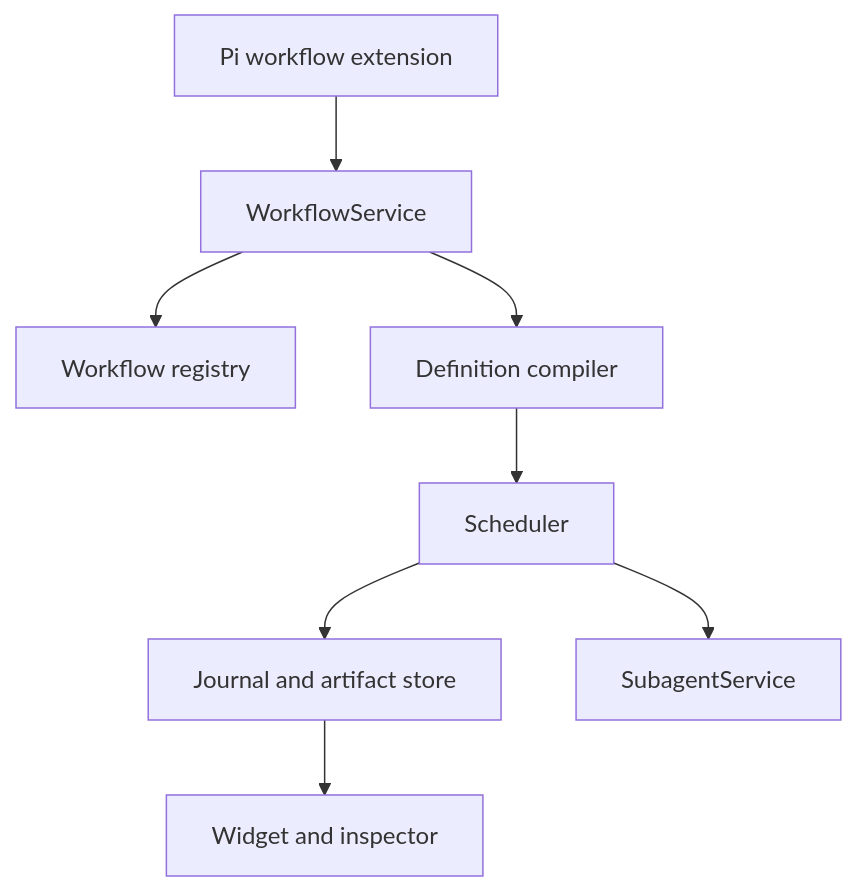
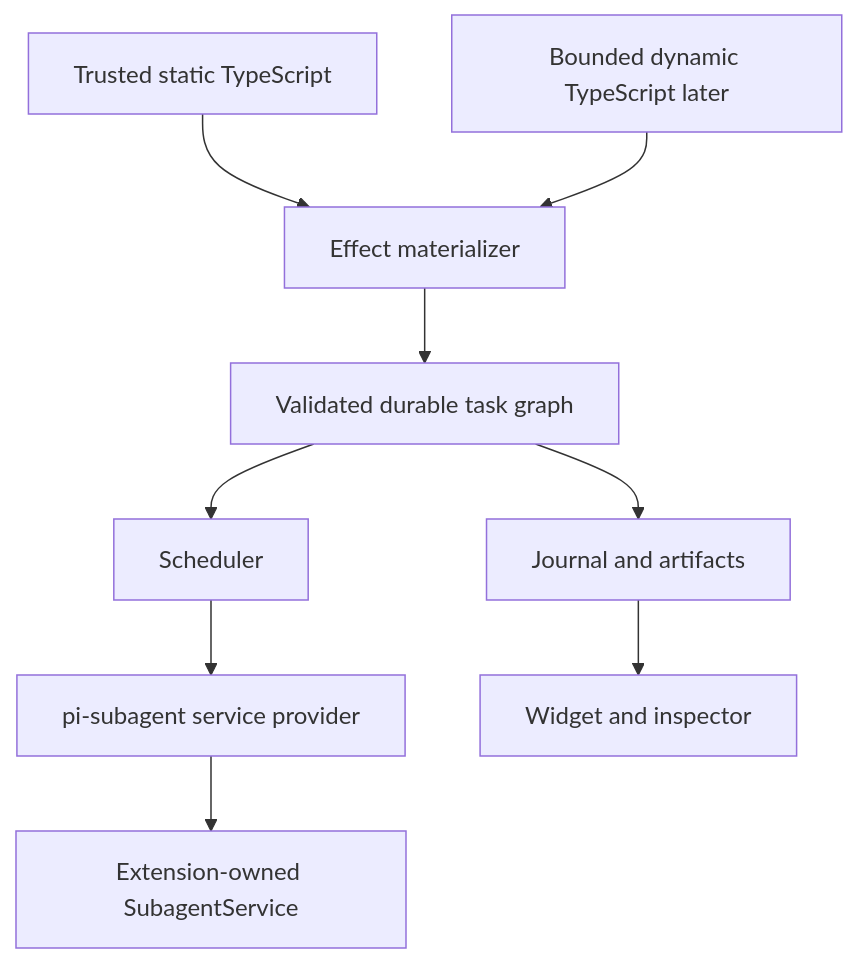
The diagram in docs/architecture.md (vegardx/pi-workflow), drawn with Mermaid before and after one commit. The commit also changed other lines of this file and 9 other files, not shown here.

Commit message:
docs: define durable task materialization

````diff
--- a/docs/architecture.md
+++ b/docs/architecture.md
@@ -8,19 +8,21 @@
 ```mermaid
 graph TD
-    Extension[Pi workflow extension]
-    Registry[Workflow registry]
-    Service[WorkflowService]
-    Compiler[Definition compiler]
+    Static[Trusted static TypeScript]
+    Dynamic[Bounded dynamic TypeScript later]
+    Materializer[Effect materializer]
+    Graph[Validated durable task graph]
     Scheduler[Scheduler]
-    Store[Journal and artifact store]
-    Subagents[SubagentService]
+    Journal[Journal and artifacts]
+    Broker[pi-subagent service provider]
+    Service[Extension-owned SubagentService]
     UI[Widget and inspector]
 
-    Extension --> Service
-    Service --> Registry
-    Service --> Compiler
-    Compiler --> Scheduler
-    Scheduler --> Store
-    Scheduler --> Subagents
-    Store --> UI
+    Static --> Materializer
+    Dynamic --> Materializer
+    Materializer --> Graph
+    Graph --> Journal
+    Graph --> Scheduler
+    Scheduler --> Broker
+    Broker --> Service
+    Journal --> UI
 ```
````
